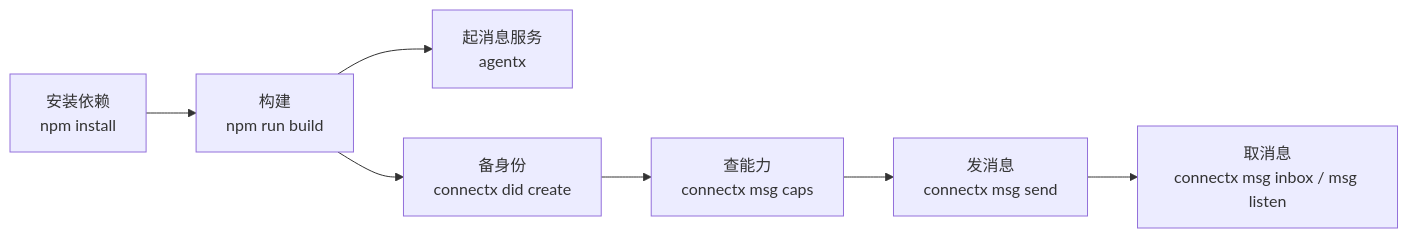
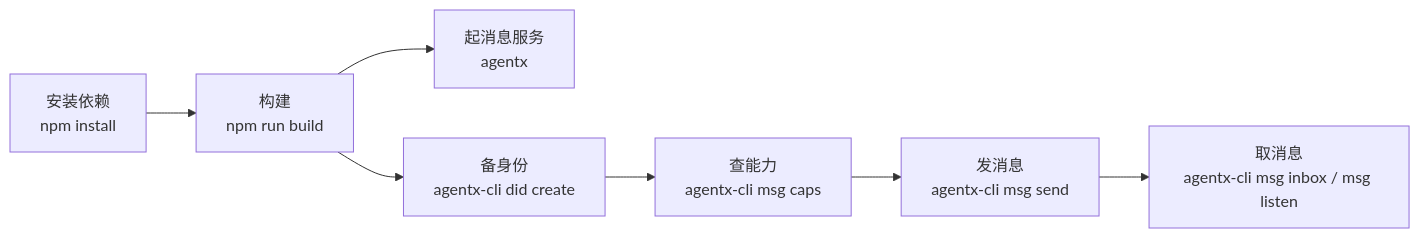
The diagram in vercel/guide/quickstart.md (eccstartup/anpio-cli), drawn with Mermaid before and after one commit. The commit also changed other lines of this file and 17 other files, not shown here.

First line of the commit message:
docs(site): the guides teach agentx-cli now, not connectx

````diff
--- a/vercel/guide/quickstart.md
+++ b/vercel/guide/quickstart.md
@@ -11,9 +11,9 @@
 ```mermaid
 flowchart LR
   A["安装依赖<br/>npm install"] --> B["构建<br/>npm run build"]
   B --> C["起消息服务<br/>agentx"]
-  B --> D["备身份<br/>connectx did create"]
-  D --> E["查能力<br/>connectx msg caps"]
-  E --> F["发消息<br/>connectx msg send"]
-  F --> G["取消息<br/>connectx msg inbox / msg listen"]
+  B --> D["备身份<br/>agentx-cli did create"]
+  D --> E["查能力<br/>agentx-cli msg caps"]
+  E --> F["发消息<br/>agentx-cli msg send"]
+  F --> G["取消息<br/>agentx-cli msg inbox / msg listen"]
 ```
````
